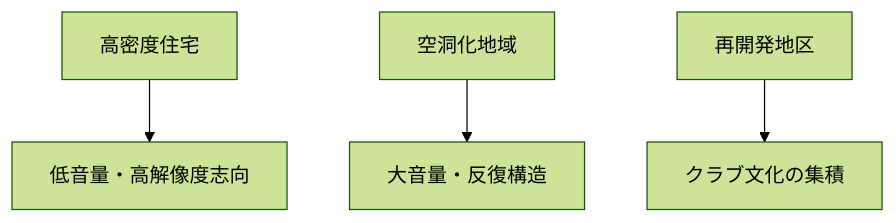
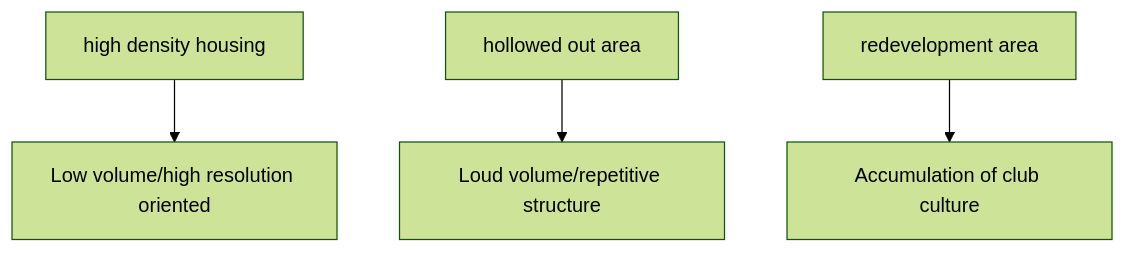
The second of 3 diagrams in en/_posts/2026-02-06-column-music-urban-space.md (monumental-movement/monumental-movement.github.io), drawn with Mermaid (forest theme) before and after one commit. The commit also changed other lines of this file and 801 other files, not shown here.

```diff
--- a/en/_posts/2026-02-06-column-music-urban-space.md
+++ b/en/_posts/2026-02-06-column-music-urban-space.md
@@ -197,6 +198,6 @@
 <div class="mermaid">
 flowchart TB
-A[高密度住宅] --> B[低音量・高解像度志向]
-C[空洞化地域] --> D[大音量・反復構造]
-E[再開発地区] --> F[クラブ文化の集積]
+A[high density housing] --> B[Low volume/high resolution oriented]
+C[hollowed out area] --> D[Loud volume/repetitive structure]
+E[redevelopment area] --> F[Accumulation of club culture]
 </div>
```
